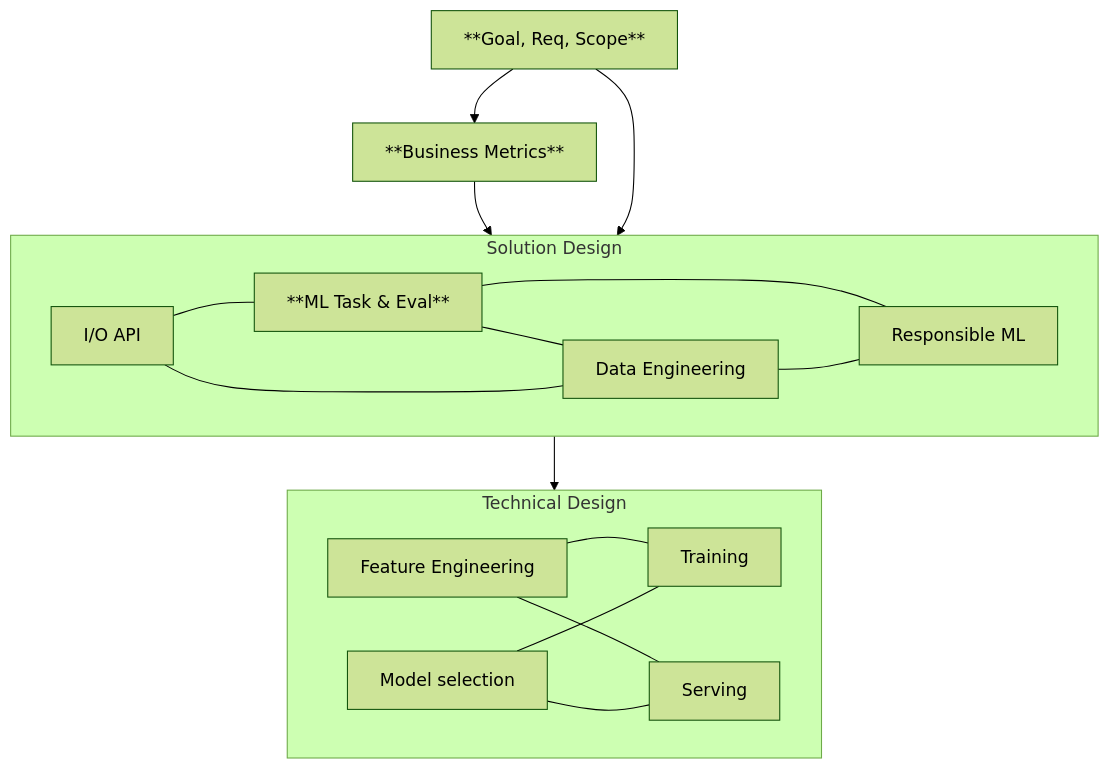
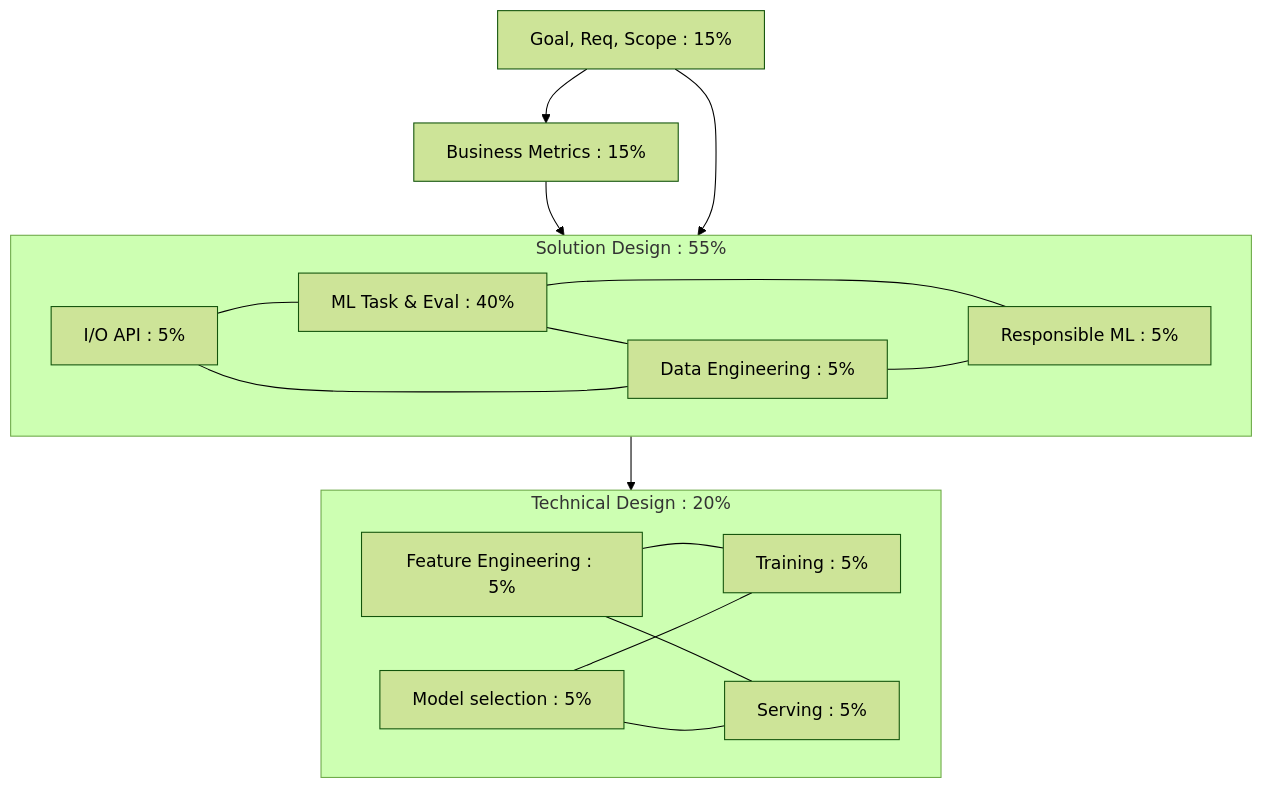
The diagram in ml_sys_design.md (ptbdnr/ptbdnr), drawn with Mermaid (forest theme) before and after one commit. The commit also changed other lines of this file, not shown here.

````diff
--- a/ml_sys_design.md
+++ b/ml_sys_design.md
@@ -14,30 +14,30 @@
 ```mermaid
 flowchart TD
-    discover[**Goal, Req, Scope**]
-    b_metrics[**Business Metrics**]
-    subgraph sol_des[Solution Design]
-        api[I/O API]
-        ml_task[**ML Task & Eval**]
-        data[Data Engineering]
-        sec_by_des[Responsible ML]
+    discover[Goal, Req, Scope : 15%]
+    b_metrics[Business Metrics : 15%]
+    subgraph sol_des[Solution Design : 55%]
+        api[I/O API : 5%]
+        ml_task[ML Task & Eval : 40%]
+        data[Data Engineering : 5%]
+        sec_by_des[Responsible ML : 5%]
     end
-    subgraph tech_des[Technical Design]
-        feat_eng[Feature Engineering]
-        model[Model selection]
-        train[Training]
-        serve[Serving]
+    subgraph tech_des[Technical Design : 20%]
+        feat_eng[Feature Engineering : 5%]
+        model[Model selection : 5%]
+        train[Training : 5%]
+        serve[Serving : 5%]
     end
 
     discover --> b_metrics
     b_metrics & discover --> sol_des
         ml_task --- data
         api --- ml_task
         api --- data
         ml_task --- sec_by_des
         data --- sec_by_des
     sol_des --> tech_des
         feat_eng --- train
         feat_eng --- serve
         model --- train
         model --- serve
 ```
````
